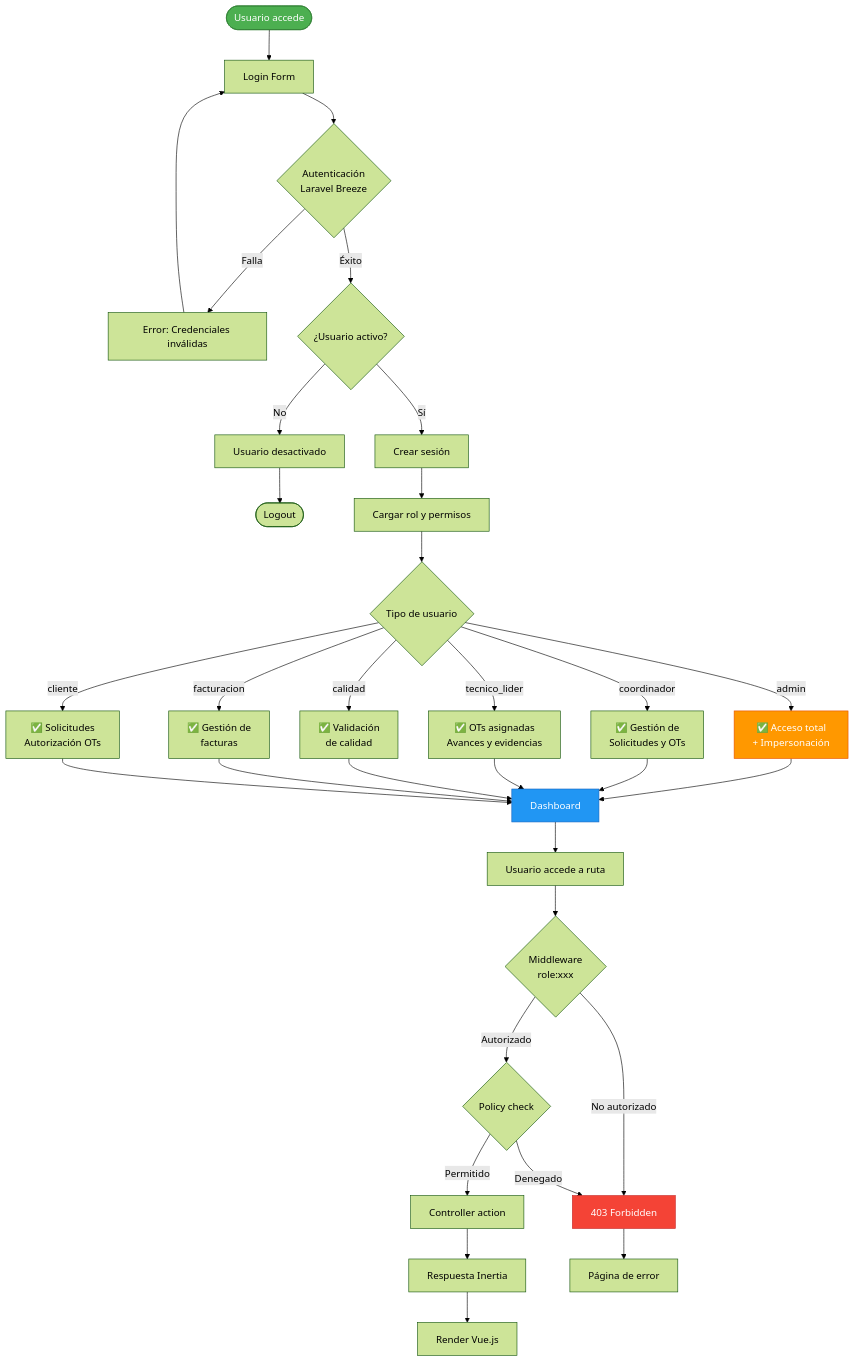
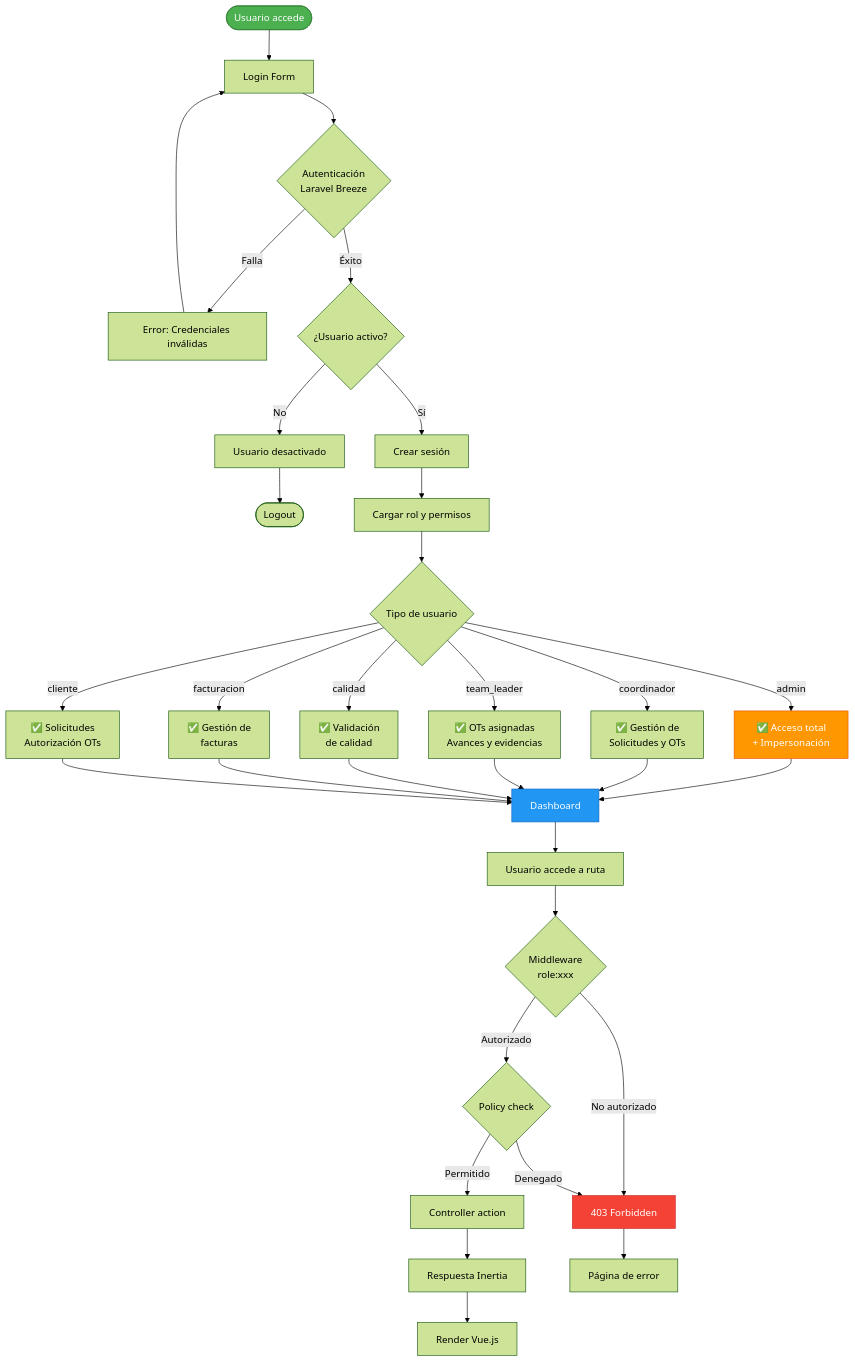
One commit to ABFORTI/UPPER_CONTROL changed the fourth of 14 diagrams in DIAGRAMAS_TECNICOS.md. Above: the diagram before and after it, drawn with Mermaid (forest theme). The commit also changed other lines of this file and 6 other files, not shown here.

Commit message:
docs: actualizar terminología a Team Leader y simplificar flujo de facturación

````diff
--- a/DIAGRAMAS_TECNICOS.md
+++ b/DIAGRAMAS_TECNICOS.md
@@ -199,50 +199,50 @@
 ```mermaid
 flowchart TD
     Start([Usuario accede]) --> Login[Login Form]
     Login --> Auth{Autenticación<br/>Laravel Breeze}
     
     Auth -->|Falla| LoginError[Error: Credenciales inválidas]
     LoginError --> Login
     
     Auth -->|Éxito| CheckActive{¿Usuario activo?}
     CheckActive -->|No| Inactive[Usuario desactivado]
     Inactive --> Logout([Logout])
     
     CheckActive -->|Sí| Session[Crear sesión]
     Session --> LoadRole[Cargar rol y permisos]
     
     LoadRole --> RoleCheck{Tipo de usuario}
     
     RoleCheck -->|admin| AdminAccess[✅ Acceso total<br/>+ Impersonación]
     RoleCheck -->|coordinador| CoordAccess[✅ Gestión de<br/>Solicitudes y OTs]
-    RoleCheck -->|tecnico_lider| TLAccess[✅ OTs asignadas<br/>Avances y evidencias]
+    RoleCheck -->|team_leader| TLAccess[✅ OTs asignadas<br/>Avances y evidencias]
     RoleCheck -->|calidad| CalAccess[✅ Validación<br/>de calidad]
     RoleCheck -->|facturacion| FactAccess[✅ Gestión de<br/>facturas]
     RoleCheck -->|cliente| ClienteAccess[✅ Solicitudes<br/>Autorización OTs]
     
     AdminAccess --> Dashboard[Dashboard]
     CoordAccess --> Dashboard
     TLAccess --> Dashboard
     CalAccess --> Dashboard
     FactAccess --> Dashboard
     ClienteAccess --> Dashboard
     
     Dashboard --> Route[Usuario accede a ruta]
     Route --> Middleware{Middleware<br/>role:xxx}
     
     Middleware -->|Autorizado| Policy{Policy check}
     Middleware -->|No autorizado| Error403[403 Forbidden]
     
     Policy -->|Permitido| Controller[Controller action]
     Policy -->|Denegado| Error403
     
     Controller --> Response[Respuesta Inertia]
     Response --> UI[Render Vue.js]
     
     Error403 --> ErrorPage[Página de error]
     
     style Start fill:#4caf50,stroke:#2e7d32,color:#fff
     style Dashboard fill:#2196f3,stroke:#1565c0,color:#fff
     style Error403 fill:#f44336,stroke:#c62828,color:#fff
     style AdminAccess fill:#ff9800,stroke:#e65100,color:#fff
 ```
````
